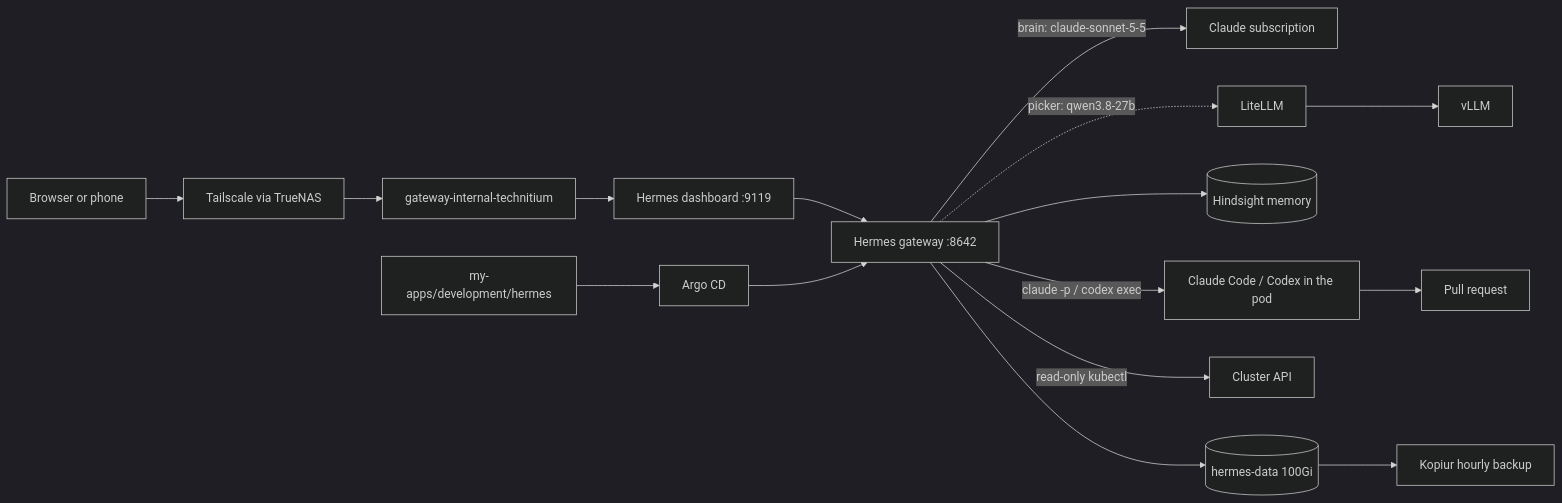
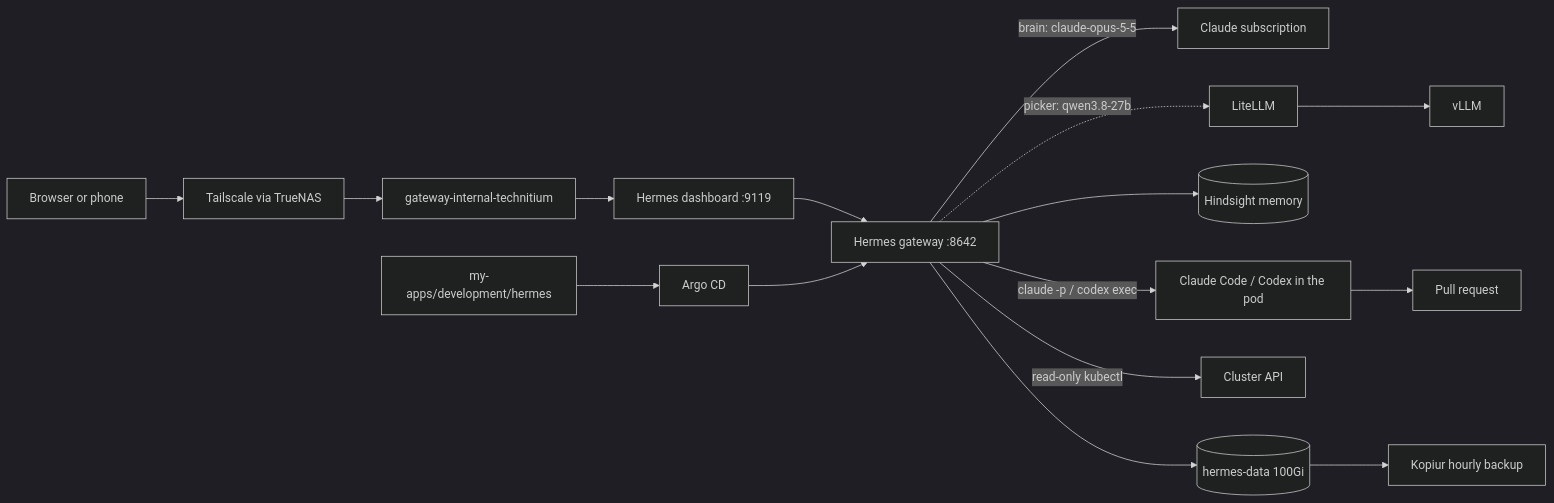
The first of 3 diagrams in docs/domains/ai-gpu/hermes.md (mitchross/talos-argocd-proxmox), drawn with Mermaid (dark theme) before and after one commit. The commit also changed other lines of this file and 3 other files, not shown here.

````diff
--- a/docs/domains/ai-gpu/hermes.md
+++ b/docs/domains/ai-gpu/hermes.md
@@ -22,12 +22,12 @@
 ```mermaid
 flowchart LR
     Client[Browser or phone] --> TS[Tailscale via TrueNAS] --> GW[gateway-internal-technitium] --> Dash[Hermes dashboard :9119]
     Dash --> Gateway[Hermes gateway :8642]
-    Gateway -->|brain: claude-sonnet-5-5| Anthropic[Claude subscription]
+    Gateway -->|brain: claude-opus-5-5| Anthropic[Claude subscription]
     Gateway -.->|picker: qwen3.8-27b| LiteLLM --> vLLM
     Gateway --> Hindsight[(Hindsight memory)]
     Gateway -->|claude -p / codex exec| Agents[Claude Code / Codex in the pod] --> GitHub[Pull request]
     Gateway -->|read-only kubectl| K8s[Cluster API]
     Git[my-apps/development/hermes] --> Argo[Argo CD] --> Gateway
     Gateway --> Vol[(hermes-data 100Gi)] --> Kopiur[Kopiur hourly backup]
 ```
````
